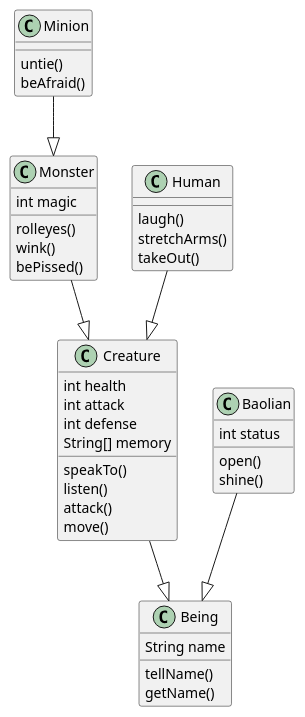
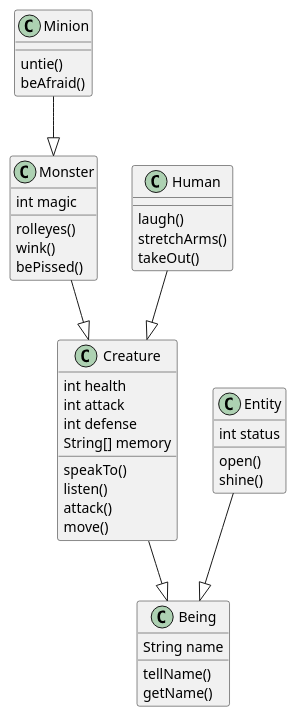
One commit to zzandy2020/jwork-2021 changed the diagram in W01/王鹏191220112/uml/characters.pu. Above: the diagram before and after it, drawn with PlantUML. The commit also changed 7 other files, not shown here.

```diff
--- a/W01/王鹏191220112/uml/characters.pu
+++ b/W01/王鹏191220112/uml/characters.pu
@@ -1,55 +1,55 @@
 @startuml
 
 class Being{
     String name
     tellName()
     getName()
 }
 
 class Creature {
 
     int health
     int attack
     int defense
     String[] memory
 
     speakTo()
     listen()
     attack()
     move()
 }
 
 class Monster{
     int magic
     rolleyes()
     wink()
     bePissed()
 }
 
 class Minion{
     untie()
     beAfraid()
 }
 
 class Human{
     laugh()
     stretchArms()
     takeOut()
 }
 
-class Baolian{
+class Entity{
     int status
     open()
     shine()
 }
 
 Creature --|> Being
 
 Human --|> Creature
 Monster --|> Creature
 
-Baolian --|> Being
+Entity --|> Being
 
 Minion --|> Monster
 
 @enduml
```
